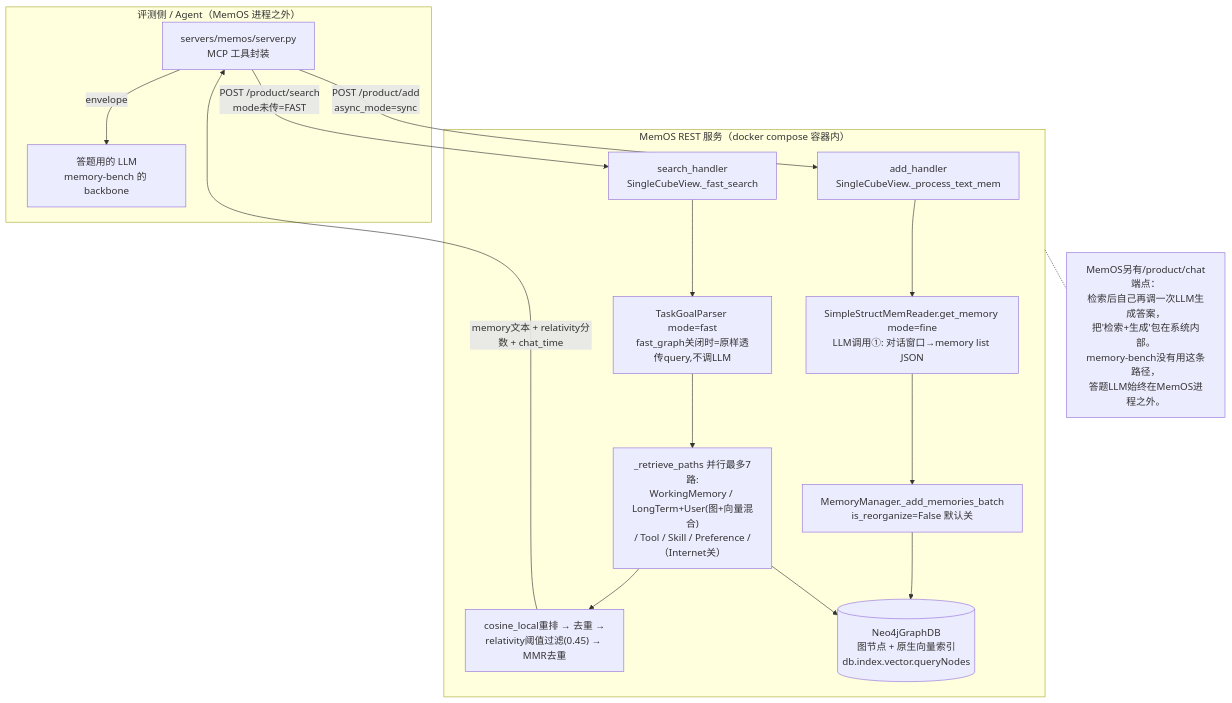
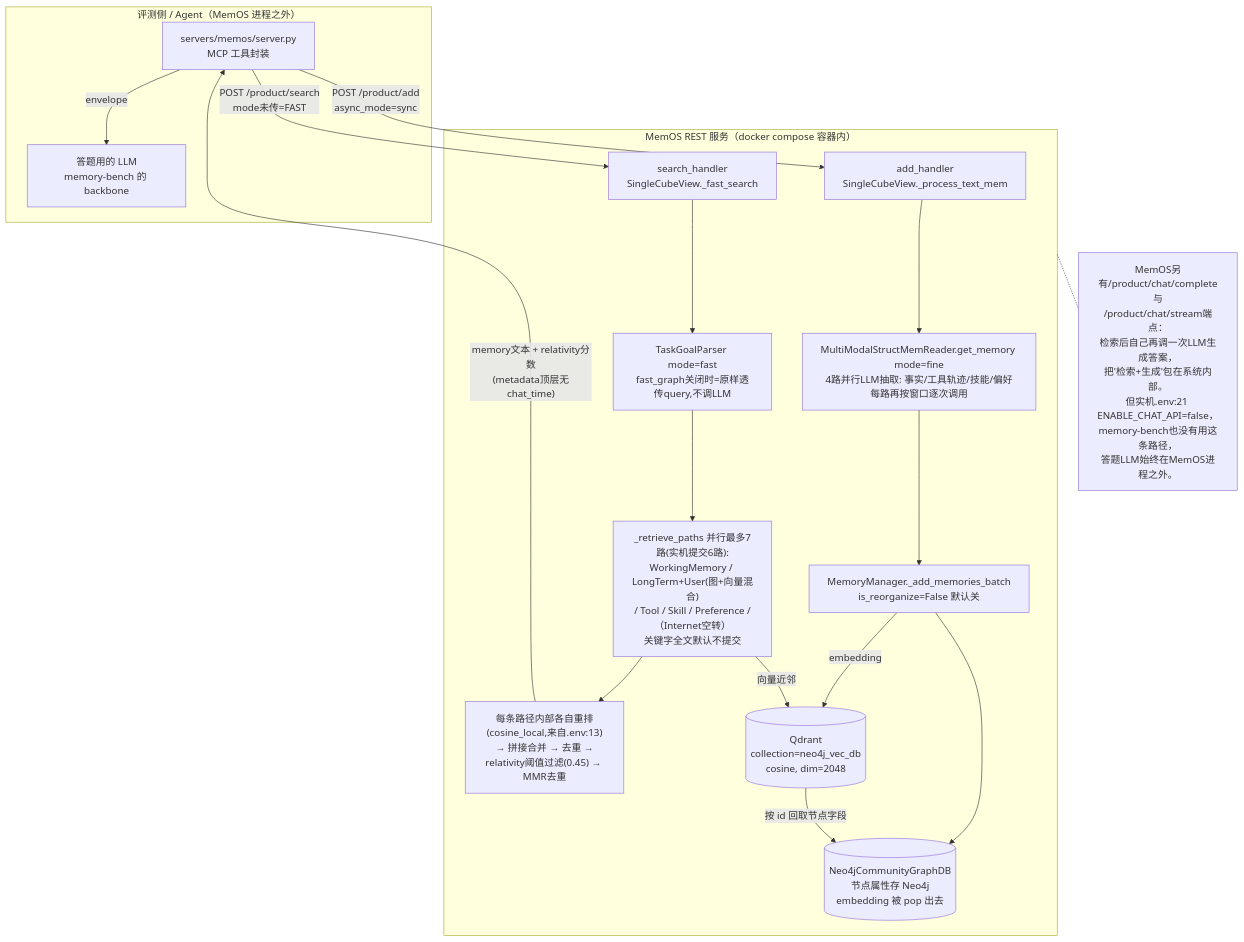
The diagram in servers/memos/code-architecture.md (wafo210715/memory-bench), drawn with Mermaid before and after one commit. The commit also changed other lines of this file and 25 other files, not shown here.

````diff
--- a/servers/memos/code-architecture.md
+++ b/servers/memos/code-architecture.md
@@ -128,33 +191,36 @@
 ```mermaid
 flowchart TB
     subgraph HARNESS["评测侧 / Agent（MemOS 进程之外）"]
         LLM["答题用的 LLM<br/>memory-bench 的 backbone"]
         WRAP["servers/memos/server.py<br/>MCP 工具封装"]
     end
 
     WRAP -- "POST /product/add<br/>async_mode=sync" --> ADDH
     WRAP -- "POST /product/search<br/>mode未传=FAST" --> SEARCHH
 
     subgraph MEMOS["MemOS REST 服务（docker compose 容器内）"]
         ADDH["add_handler<br/>SingleCubeView._process_text_mem"]
-        READER["SimpleStructMemReader.get_memory mode=fine<br/>LLM调用①: 对话窗口→memory list JSON"]
+        READER["MultiModalStructMemReader.get_memory mode=fine<br/>4路并行LLM抽取: 事实/工具轨迹/技能/偏好<br/>每路再按窗口逐次调用"]
         WRITEDB["MemoryManager._add_memories_batch<br/>is_reorganize=False 默认关"]
         ADDH --> READER --> WRITEDB
 
         SEARCHH["search_handler<br/>SingleCubeView._fast_search"]
         GOALPARSE["TaskGoalParser mode=fast<br/>fast_graph关闭时=原样透传query,不调LLM"]
-        PARALLEL["_retrieve_paths 并行最多7路:<br/>WorkingMemory / LongTerm+User(图+向量混合)<br/>/ Tool / Skill / Preference /（Internet关）"]
-        RERANK["cosine_local重排 → 去重 →<br/>relativity阈值过滤(0.45) → MMR去重"]
+        PARALLEL["_retrieve_paths 并行最多7路(实机提交6路):<br/>WorkingMemory / LongTerm+User(图+向量混合)<br/>/ Tool / Skill / Preference /（Internet空转）<br/>关键字全文默认不提交"]
+        RERANK["每条路径内部各自重排(cosine_local,来自.env:13)<br/>→ 拼接合并 → 去重 →<br/>relativity阈值过滤(0.45) → MMR去重"]
         SEARCHH --> GOALPARSE --> PARALLEL --> RERANK
 
-        GRAPH[("Neo4jGraphDB<br/>图节点 + 原生向量索引<br/>db.index.vector.queryNodes")]
+        GRAPH[("Neo4jCommunityGraphDB<br/>节点属性存 Neo4j<br/>embedding 被 pop 出去")]
+        VEC[("Qdrant<br/>collection=neo4j_vec_db<br/>cosine, dim=2048")]
         WRITEDB --> GRAPH
-        PARALLEL --> GRAPH
+        WRITEDB -- "embedding" --> VEC
+        PARALLEL -- "向量近邻" --> VEC
+        VEC -- "按 id 回取节点字段" --> GRAPH
     end
 
-    RERANK -- "memory文本 + relativity分数 + chat_time" --> WRAP
+    RERANK -- "memory文本 + relativity分数<br/>(metadata顶层无chat_time)" --> WRAP
     WRAP -- "envelope" --> LLM
 
-    NOTE["MemOS另有/product/chat端点：<br/>检索后自己再调一次LLM生成答案，<br/>把'检索+生成'包在系统内部。<br/>memory-bench没有用这条路径，<br/>答题LLM始终在MemOS进程之外。"]
+    NOTE["MemOS另有/product/chat/complete与<br/>/product/chat/stream端点：<br/>检索后自己再调一次LLM生成答案，<br/>把'检索+生成'包在系统内部。<br/>但实机.env:21 ENABLE_CHAT_API=false，<br/>memory-bench也没有用这条路径，<br/>答题LLM始终在MemOS进程之外。"]
     MEMOS -.- NOTE
 ```
````
